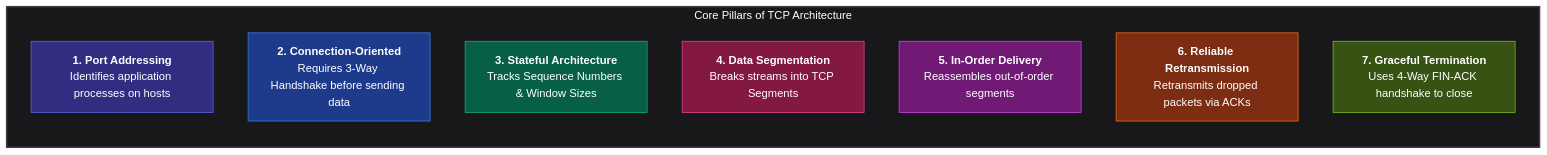
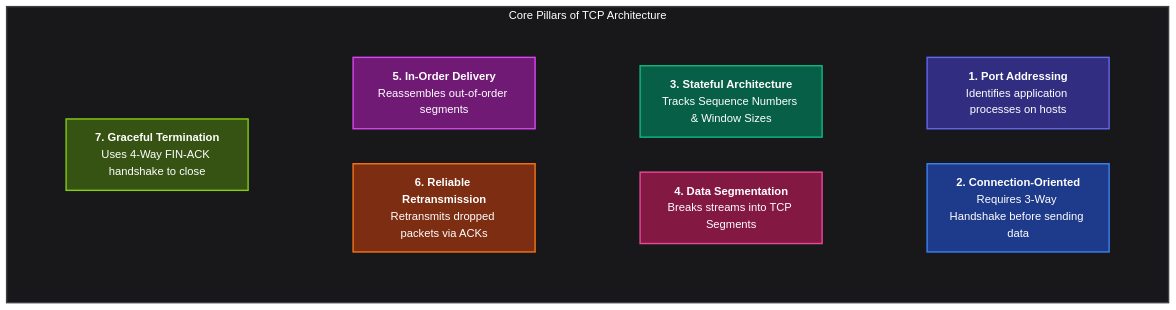
The second of 8 diagrams in content/posts/networking/ch15-transmission-control-protocol-tcp.mdx (ayuslharora/blog-ayuslh), drawn with Mermaid before and after one commit. The commit also changed 1 other file, not shown here.

Commit message:
Update Core Pillars of TCP diagram layout

````diff
--- a/content/posts/networking/ch15-transmission-control-protocol-tcp.mdx
+++ b/content/posts/networking/ch15-transmission-control-protocol-tcp.mdx
@@ -50,22 +50,42 @@
 ```mermaid
-flowchart LR
-    subgraph Properties ["Core Pillars of TCP Architecture"]
+flowchart TD
+    subgraph CorePillars ["Core Pillars of TCP Architecture"]
         direction TB
-        P1["<b>1. Port Addressing</b><br>Identifies application processes on hosts"]
-        P2["<b>2. Connection-Oriented</b><br>Requires 3-Way Handshake before sending data"]
-        P3["<b>3. Stateful Architecture</b><br>Tracks Sequence Numbers & Window Sizes"]
-        P4["<b>4. Data Segmentation</b><br>Breaks streams into TCP Segments"]
-        P5["<b>5. In-Order Delivery</b><br>Reassembles out-of-order segments"]
-        P6["<b>6. Reliable Retransmission</b><br>Retransmits dropped packets via ACKs"]
-        P7["<b>7. Graceful Termination</b><br>Uses 4-Way FIN-ACK handshake to close"]
+        
+        subgraph Row1 [" "]
+            direction LR
+            P1["<b>1. Port Addressing</b><br>Identifies application processes on hosts"]
+            P2["<b>2. Connection-Oriented</b><br>Requires 3-Way Handshake before sending data"]
+        end
+
+        subgraph Row2 [" "]
+            direction LR
+            P3["<b>3. Stateful Architecture</b><br>Tracks Sequence Numbers & Window Sizes"]
+            P4["<b>4. Data Segmentation</b><br>Breaks streams into TCP Segments"]
+        end
+
+        subgraph Row3 [" "]
+            direction LR
+            P5["<b>5. In-Order Delivery</b><br>Reassembles out-of-order segments"]
+            P6["<b>6. Reliable Retransmission</b><br>Retransmits dropped packets via ACKs"]
+        end
+
+        subgraph Row4 [" "]
+            direction LR
+            P7["<b>7. Graceful Termination</b><br>Uses 4-Way FIN-ACK handshake to close"]
+        end
     end
 
-    style Properties fill:#18181b,stroke:#3f3f46,stroke-width:2px,color:#fff
-    style P1 fill:#312e81,stroke:#6366f1,color:#fff
-    style P2 fill:#1e3a8a,stroke:#3b82f6,color:#fff
-    style P3 fill:#065f46,stroke:#10b981,color:#fff
-    style P4 fill:#831843,stroke:#ec4899,color:#fff
-    style P5 fill:#701a75,stroke:#d946ef,color:#fff
-    style P6 fill:#7c2d12,stroke:#f97316,color:#fff
-    style P7 fill:#365314,stroke:#84cc16,color:#fff
+    style CorePillars fill:#18181b,stroke:#3f3f46,stroke-width:2px,color:#fff
+    style Row1 fill:transparent,stroke:none
+    style Row2 fill:transparent,stroke:none
+    style Row3 fill:transparent,stroke:none
+    style Row4 fill:transparent,stroke:none
+    style P1 fill:#312e81,stroke:#6366f1,stroke-width:2px,color:#fff
+    style P2 fill:#1e3a8a,stroke:#3b82f6,stroke-width:2px,color:#fff
+    style P3 fill:#065f46,stroke:#10b981,stroke-width:2px,color:#fff
+    style P4 fill:#831843,stroke:#ec4899,stroke-width:2px,color:#fff
+    style P5 fill:#701a75,stroke:#d946ef,stroke-width:2px,color:#fff
+    style P6 fill:#7c2d12,stroke:#f97316,stroke-width:2px,color:#fff
+    style P7 fill:#365314,stroke:#84cc16,stroke-width:2px,color:#fff
 ```
````
